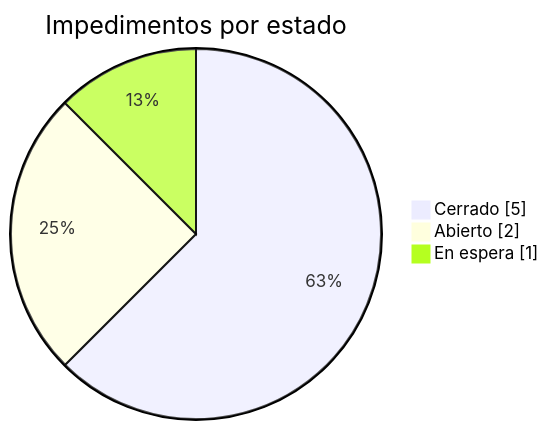
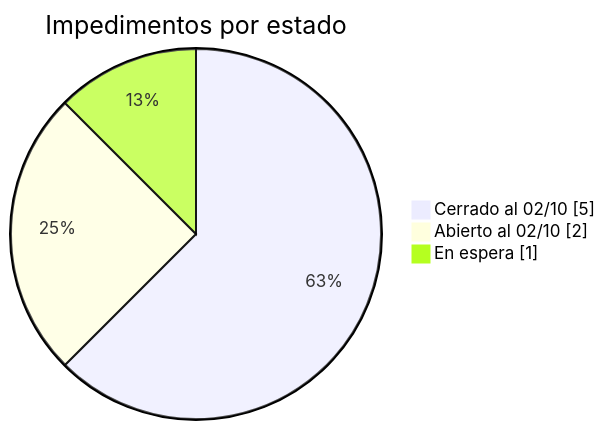
The first of 4 diagrams in docs/03 Implementación/02 Registro de Impedimentos V_1_0_0.md (alexito-dev/EcoLogistica), drawn with Mermaid before and after one commit. The commit also changed other lines of this file and 7 other files, not shown here.

````diff
--- a/docs/03 Implementación/02 Registro de Impedimentos V_1_0_0.md
+++ b/docs/03 Implementación/02 Registro de Impedimentos V_1_0_0.md
@@ -62,7 +65,7 @@
 ```mermaid
 pie showData
     title Impedimentos por estado
-    "Cerrado" : 5
-    "Abierto" : 2
+    "Cerrado al 02/10" : 5
+    "Abierto al 02/10" : 2
     "En espera" : 1
 ```
````
